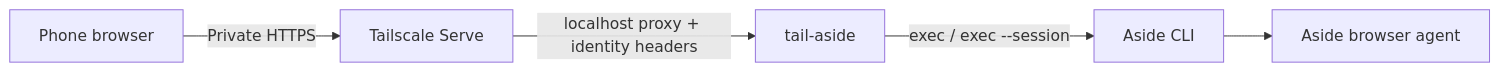
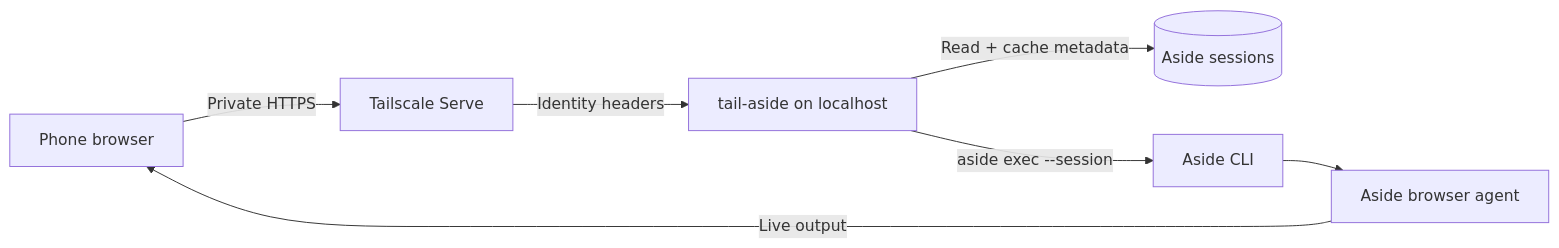
Before and after one commit to quino0627/tail-aside: the diagram in README.md, drawn with Mermaid. The commit also changed other lines of this file, not shown here.

````diff
--- a/README.md
+++ b/README.md
@@ -25,7 +97,9 @@
 ```mermaid
 flowchart LR
   Phone[Phone browser] -->|Private HTTPS| Serve[Tailscale Serve]
-  Serve -->|localhost proxy + identity headers| TailAside[tail-aside]
-  TailAside -->|exec / exec --session| Aside[Aside CLI]
-  Aside --> Browser[Aside browser agent]
+  Serve -->|Identity headers| App[tail-aside on localhost]
+  App -->|Read + cache metadata| Sessions[(Aside sessions)]
+  App -->|aside exec --session| CLI[Aside CLI]
+  CLI --> Agent[Aside browser agent]
+  Agent -->|Live output| Phone
 ```
````
